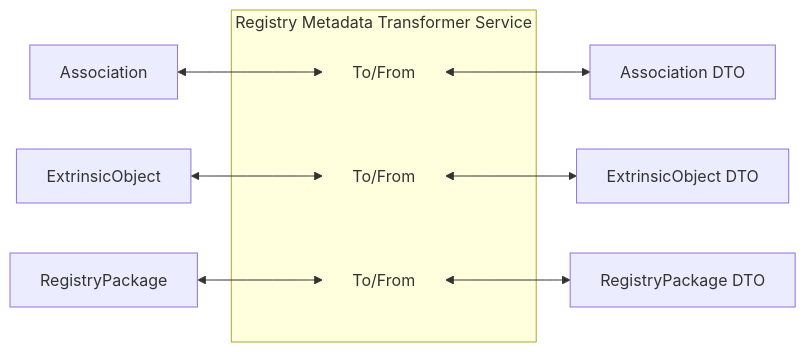
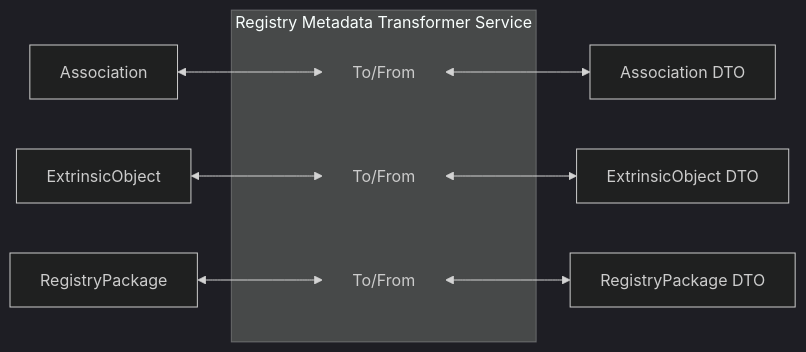
The diagram in Docs/RegistryDto.md (timmo-nhn/XcaDocumentSource), drawn with Mermaid before and after one commit.

Commit message:
mermaid diagram theme

````diff
--- a/Docs/RegistryDto.md
+++ b/Docs/RegistryDto.md
@@ -22,23 +22,25 @@
 ```mermaid
+%%{init: {'theme':'dark'}}%%
+
 flowchart LR
 as[Association]
 eo[ExtrinsicObject]
 rp[RegistryPackage]
 
 style to1 fill:none,stroke:none
 style to2 fill:none,stroke:none
 style to3 fill:none,stroke:none
 subgraph "Registry Metadata Transformer Service"
     to1[To/From]
     to2[To/From]
     to3[To/From]
 end
 
 asdto[Association DTO]
 eodto[ExtrinsicObject DTO]
 rpdto[RegistryPackage DTO]
 
 as <---> to1 <---> asdto
 eo <---> to2 <---> eodto
 rp <---> to3 <---> rpdto
 ```
````
